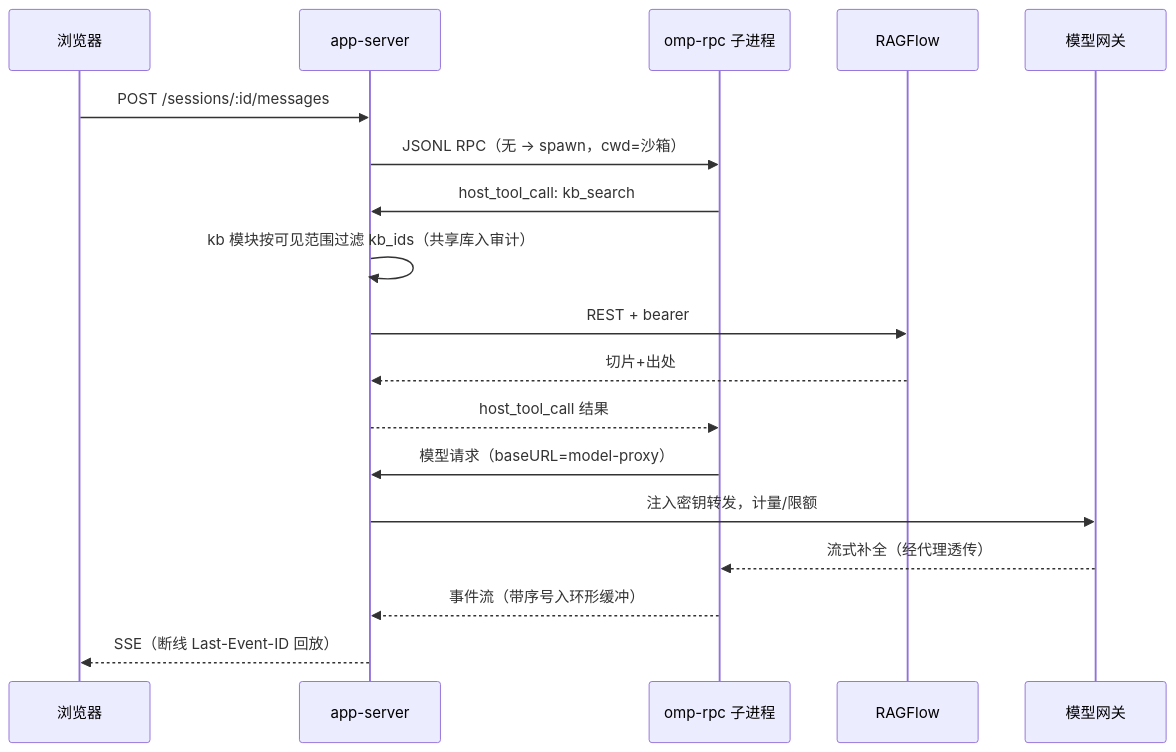
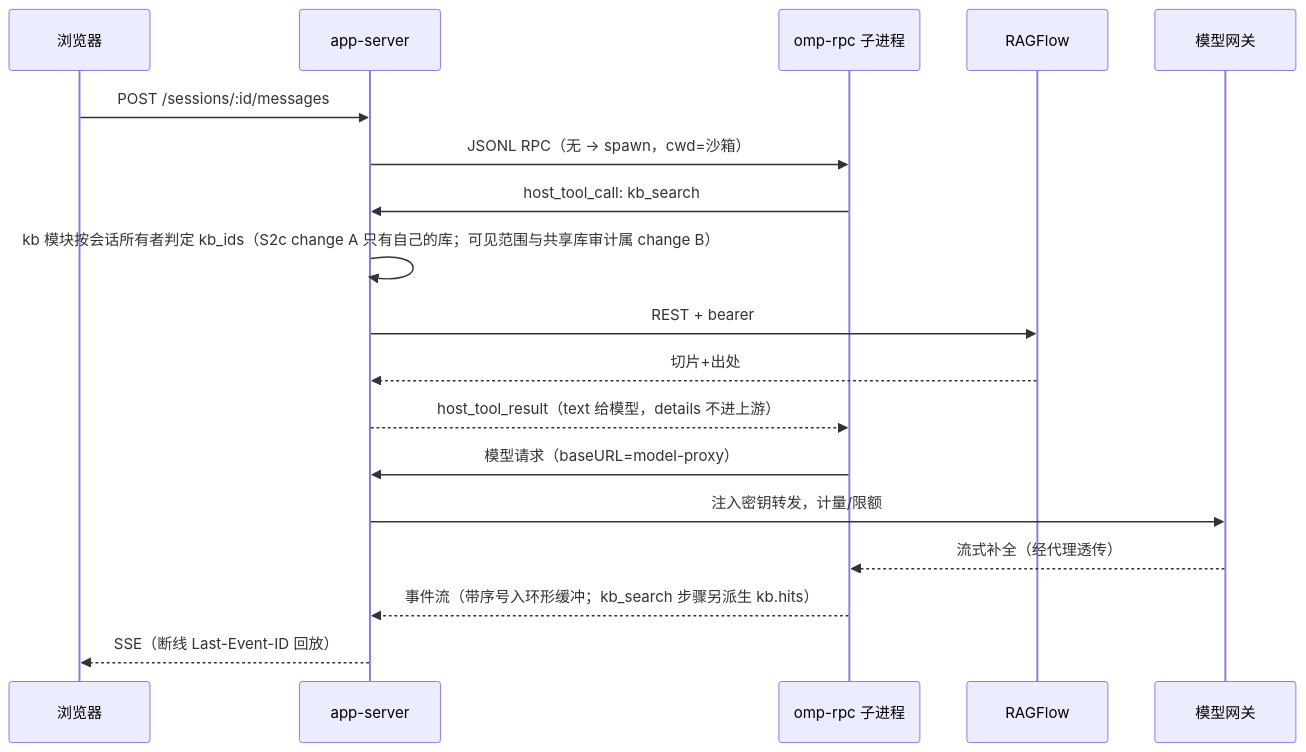
One commit to DankerMu/open-wb changed the second of 2 diagrams in docs/architecture/system.md. Above: the diagram before and after it, drawn with Mermaid. The commit also changed other lines of this file and 4 other files, not shown here.

First line of the commit message:
docs: S2c closeout — session kb_search architecture, glossary, plan status (#1977)

````diff
--- a/docs/architecture/system.md
+++ b/docs/architecture/system.md
@@ -142,20 +144,20 @@
 ```mermaid
 sequenceDiagram
     participant B as 浏览器
     participant S as app-server
     participant O as omp-rpc 子进程
     participant K as RAGFlow
     participant G as 模型网关
     B->>S: POST /sessions/:id/messages
     S->>O: JSONL RPC（无 → spawn，cwd=沙箱）
     O->>S: host_tool_call: kb_search
-    S->>S: kb 模块按可见范围过滤 kb_ids（共享库入审计）
+    S->>S: kb 模块按会话所有者判定 kb_ids（S2c change A 只有自己的库；可见范围与共享库审计属 change B）
     S->>K: REST + bearer
     K-->>S: 切片+出处
-    S-->>O: host_tool_call 结果
+    S-->>O: host_tool_result（text 给模型，details 不进上游）
     O->>S: 模型请求（baseURL=model-proxy）
     S->>G: 注入密钥转发，计量/限额
     G-->>O: 流式补全（经代理透传）
-    O-->>S: 事件流（带序号入环形缓冲）
+    O-->>S: 事件流（带序号入环形缓冲；kb_search 步骤另派生 kb.hits）
     S-->>B: SSE（断线 Last-Event-ID 回放）
 ```
````
